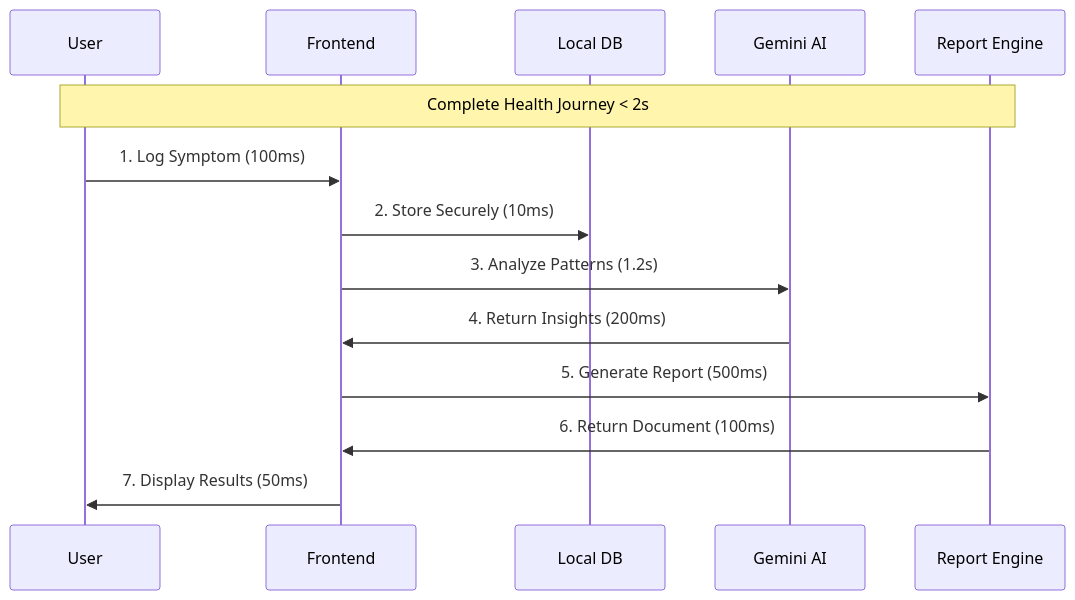
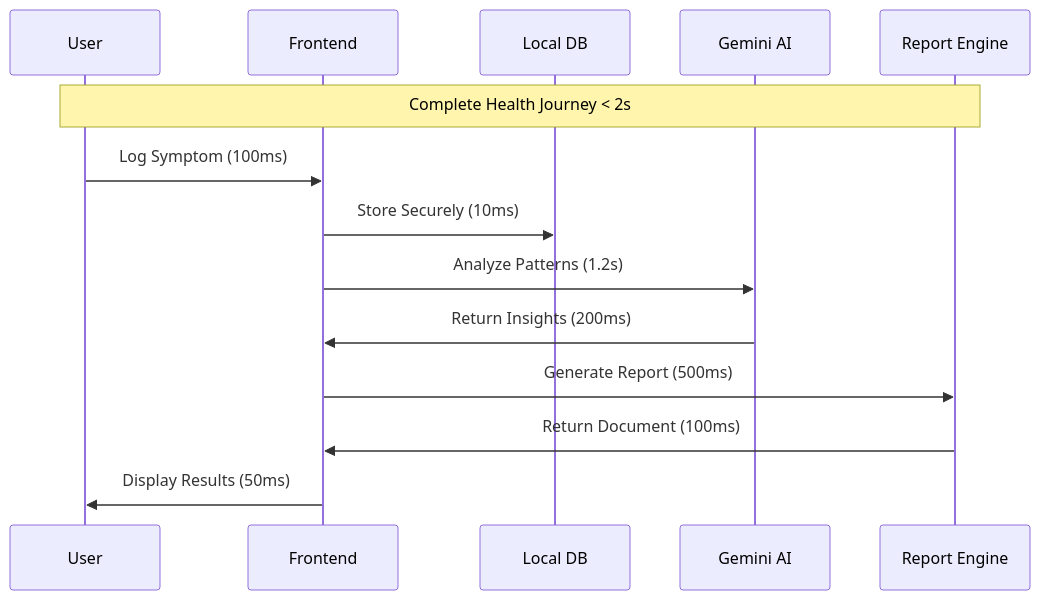
Before and after one commit to Iceman-Dann/Medly: the sixth of 13 diagrams in README.md, drawn with Mermaid. The commit also changed other lines of this file, not shown here.

Commit message:
Create high-quality charts with darker colors and judge-focused explanations

````diff
--- a/README.md
+++ b/README.md
@@ -123,17 +93,17 @@
 ```mermaid
 sequenceDiagram
     participant U as User
     participant UI as Frontend
     participant DB as Local DB
     participant AI as Gemini AI
     participant PDF as Report Engine
     
     Note over U,PDF: Complete Health Journey < 2s
-    U->>UI: 1. Log Symptom (100ms)
-    UI->>DB: 2. Store Securely (10ms)
-    UI->>AI: 3. Analyze Patterns (1.2s)
-    AI->>UI: 4. Return Insights (200ms)
-    UI->>PDF: 5. Generate Report (500ms)
-    PDF->>UI: 6. Return Document (100ms)
-    UI->>U: 7. Display Results (50ms)
+    U->>UI: Log Symptom (100ms)
+    UI->>DB: Store Securely (10ms)
+    UI->>AI: Analyze Patterns (1.2s)
+    AI->>UI: Return Insights (200ms)
+    UI->>PDF: Generate Report (500ms)
+    PDF->>UI: Return Document (100ms)
+    UI->>U: Display Results (50ms)
 ```
````
